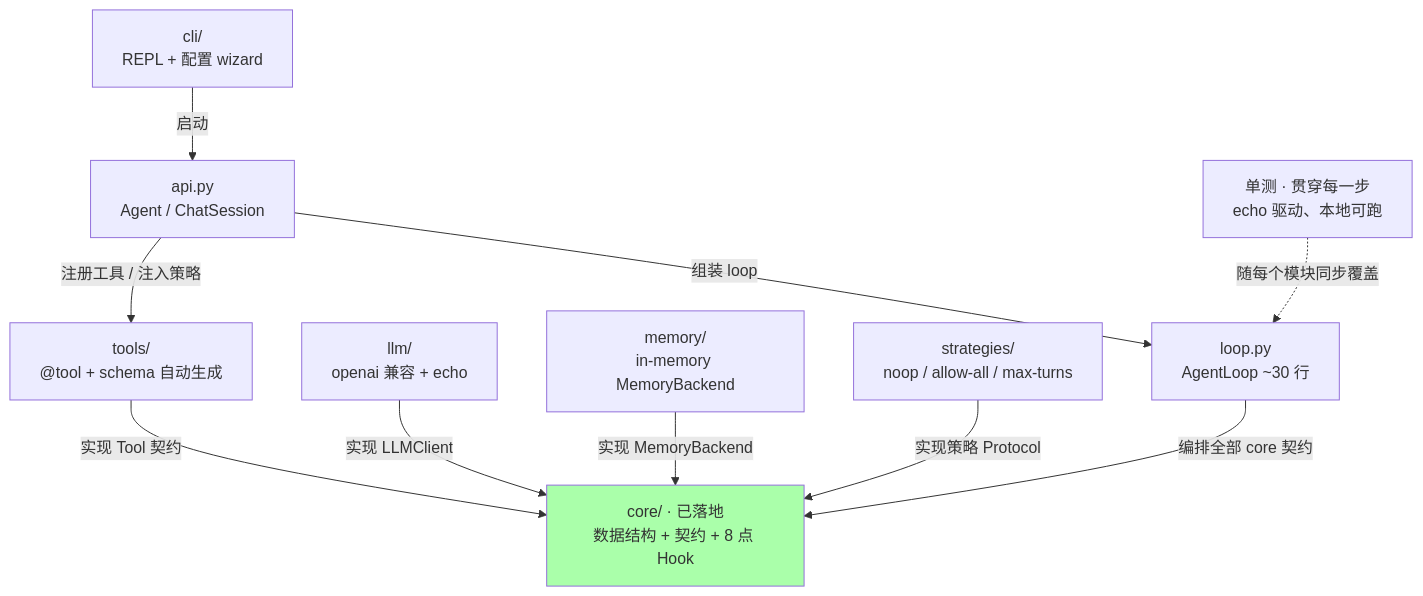
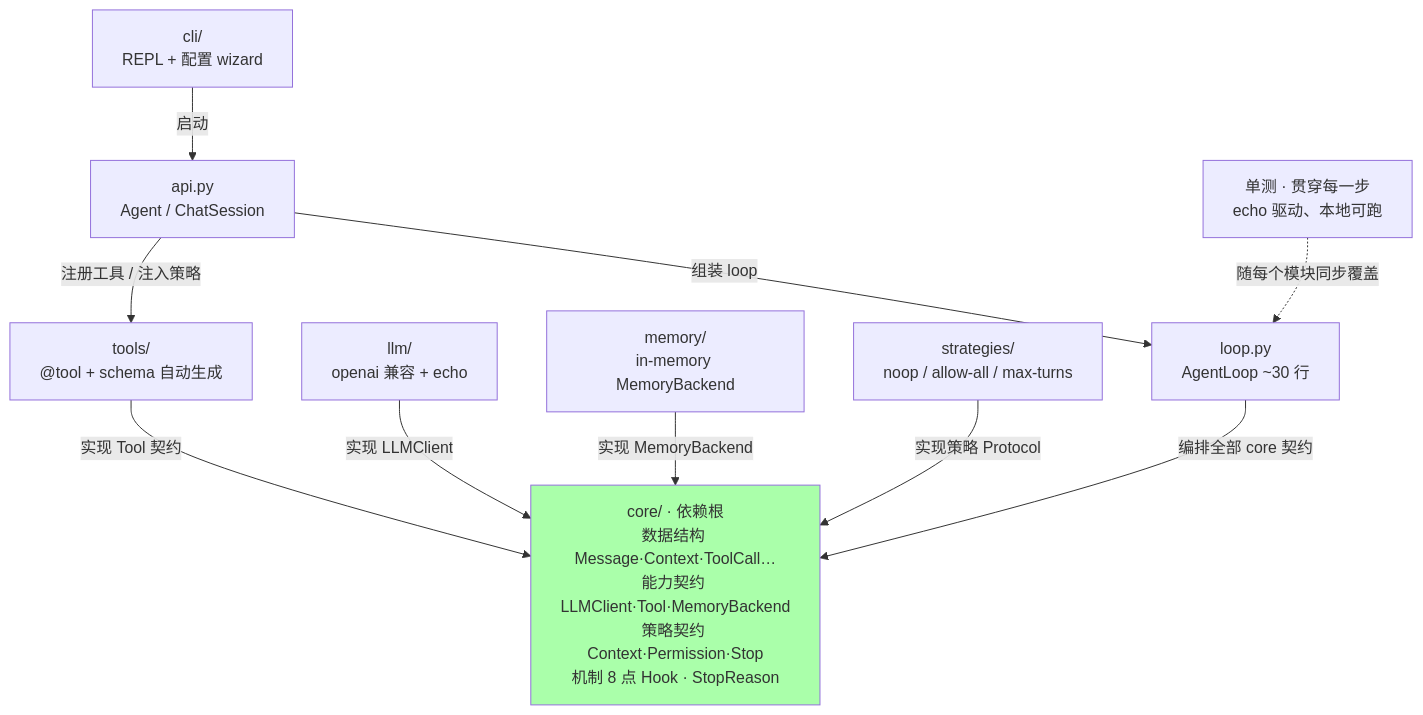
The first of 4 diagrams in docs/v0.1-design.md (eastonsuo/nanoagent), drawn with Mermaid before and after one commit. The commit also changed other lines of this file and 1 other file, not shown here.

First line of the commit message:
docs: §1.4 重排为「固定单表 + 会变多表(可扩展…)」+ 按大类着色分层图，契约概念升为 §1.5

````diff
--- a/docs/v0.1-design.md
+++ b/docs/v0.1-design.md
@@ -30,25 +30,25 @@
 ```mermaid
 flowchart TD
-    core["core/ · 已落地<br/>数据结构 + 契约 + 8 点 Hook"]
+    core["core/ · 依赖根<br/>数据结构 Message·Context·ToolCall…<br/>能力契约 LLMClient·Tool·MemoryBackend<br/>策略契约 Context·Permission·Stop<br/>机制 8 点 Hook · StopReason"]
     tools["tools/<br/>@tool + schema 自动生成"]
     llm["llm/<br/>openai 兼容 + echo"]
     memory["memory/<br/>in-memory MemoryBackend"]
     strat["strategies/<br/>noop / allow-all / max-turns"]
     loop["loop.py<br/>AgentLoop ~30 行"]
     api["api.py<br/>Agent / ChatSession"]
     cli["cli/<br/>REPL + 配置 wizard"]
     tests["单测 · 贯穿每一步<br/>echo 驱动、本地可跑"]
 
     tools -->|"实现 Tool 契约"| core
     llm -->|"实现 LLMClient"| core
     memory -->|"实现 MemoryBackend"| core
     strat -->|"实现策略 Protocol"| core
     loop -->|"编排全部 core 契约"| core
     api -->|"组装 loop"| loop
     api -->|"注册工具 / 注入策略"| tools
     cli -->|"启动"| api
     tests -.->|"随每个模块同步覆盖"| loop
 
-    classDef done fill:#aaffaa
-    class core done
+    classDef root fill:#aaffaa
+    class core root
 ```
````
